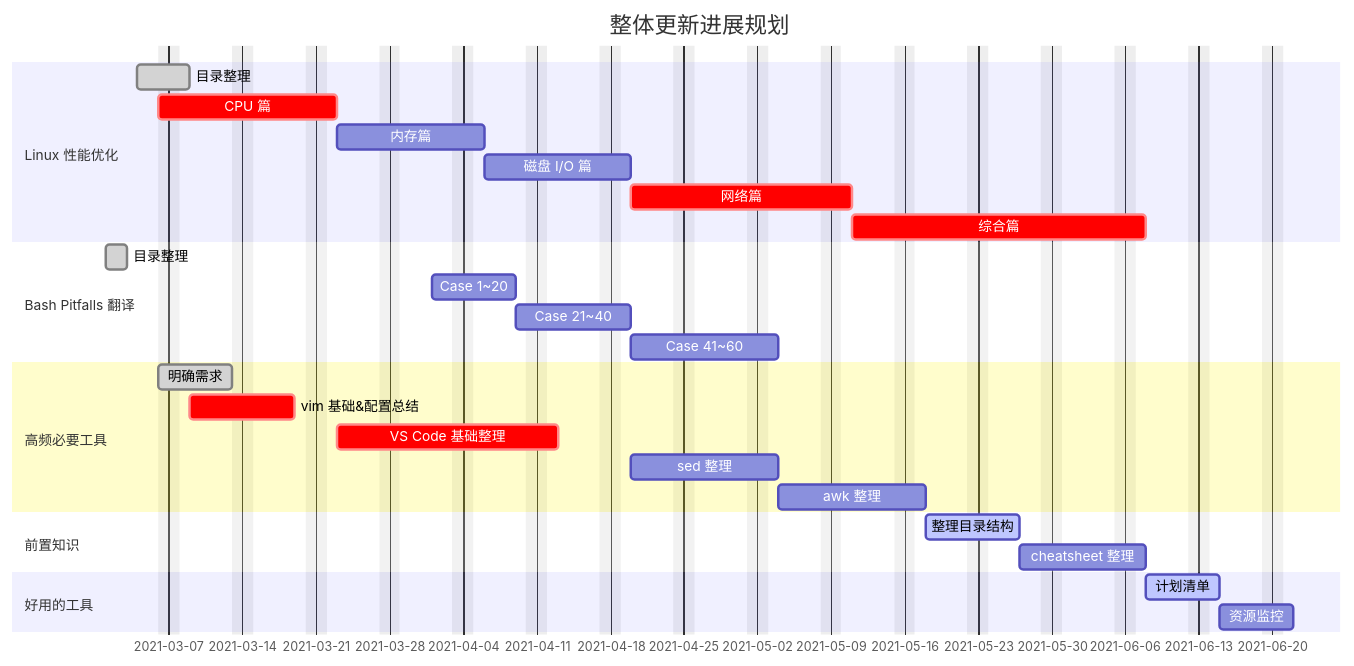
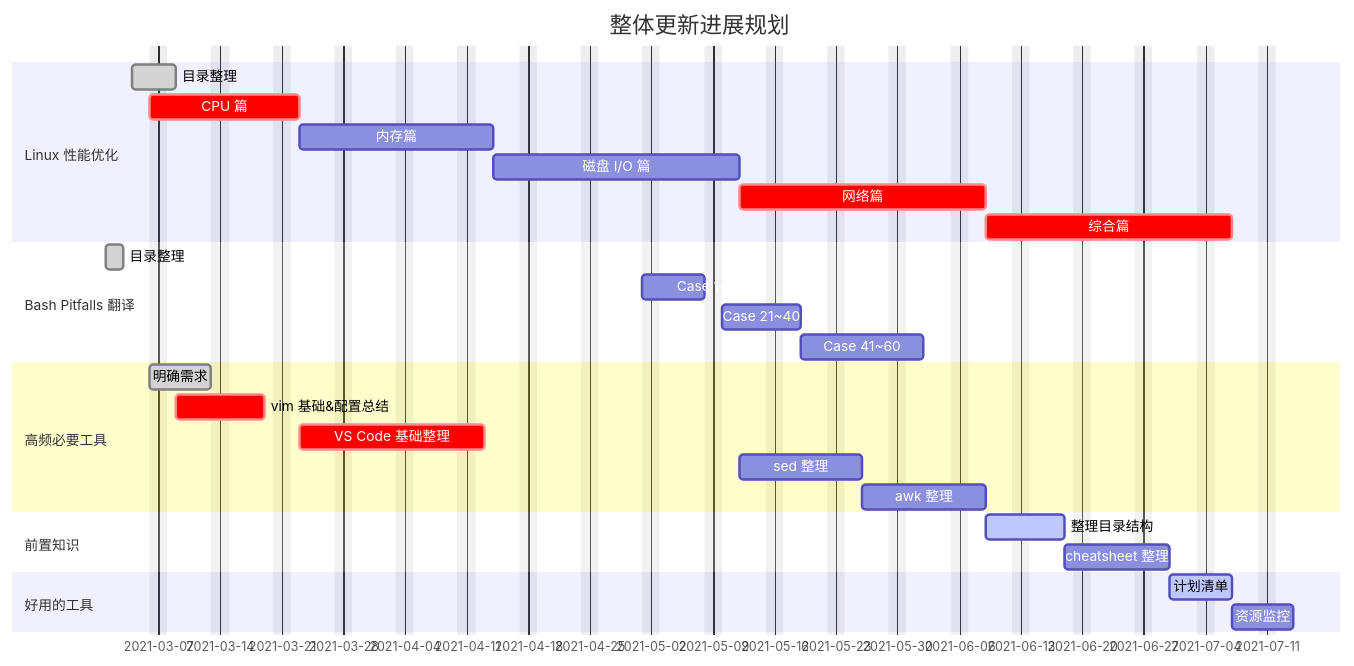
The first of 2 diagrams in docs/TODOLIST.md (baiyongan/practical-linux-skills), drawn with Mermaid before and after one commit. The commit also changed 2 other files, not shown here.

Commit message:
update performance tuning article 12

````diff
--- a/docs/TODOLIST.md
+++ b/docs/TODOLIST.md
@@ -15,36 +15,36 @@
 ```mermaid
 gantt
     dateFormat  YYYY-MM-DD
     title       整体更新进展规划
     excludes    weekends
     %% (`excludes` accepts specific dates in YYYY-MM-DD format, days of the week ("sunday") or "weekends", but not the word "weekdays".)
 
     section Linux 性能优化
     目录整理                             : done,          task_1, 2021-03-04, 3d
     CPU 篇                               : crit,         task_2, 2021-03-06, 12d
-    内存篇                               :                task_3, after task_2, 10d
-    磁盘 I/O 篇                          :                task_4, after task_3, 10d
-    网络篇                               : crit,          task_5, after task_4, 15d
+    内存篇                               :                task_3, after task_2, 16d
+    磁盘 I/O 篇                          :                task_4, after task_3, 20d
+    网络篇                               : crit,          task_5, after task_4, 20d
     综合篇                               : crit,          task_6, after task_5, 20d
 
     section Bash Pitfalls 翻译
     目录整理                             : done,           tmp_1, 2021-03-01, 2d
-    Case 1~20                           :                 tmp_2, 2021-04-01, 6d
+    Case 1~20                           :                 tmp_2, 2021-05-01, 6d
     Case 21~40                          :                 tmp_3, after tmp_2, 7d
     Case 41~60                          :                 tmp_4, after tmp_3, 10d
 
     section 高频必要工具
     明确需求                             : done,         tmp_9, 2021-03-06, 6d
     vim 基础&配置总结                     : crit,           tmp_10, after task_1, 8d
     VS Code 基础整理                     : crit,           tmp_11, after task_2, 15d
     sed 整理                             :                 tmp_11, after task_4, 10d
     awk 整理                             :                 tmp_12, after tmp_11, 10d
 
     section 前置知识
     整理目录结构                          : active,         tmp_13, after tmp_12, 7d
     cheatsheet 整理                      :                 tmp_14, after tmp_13, 8d
 
     section 好用的工具
     计划清单                              : active,        tmp_15, after tmp_14, 5d
     资源监控                              :               tmp_16, after tmp_15, 5d
 ```
````
